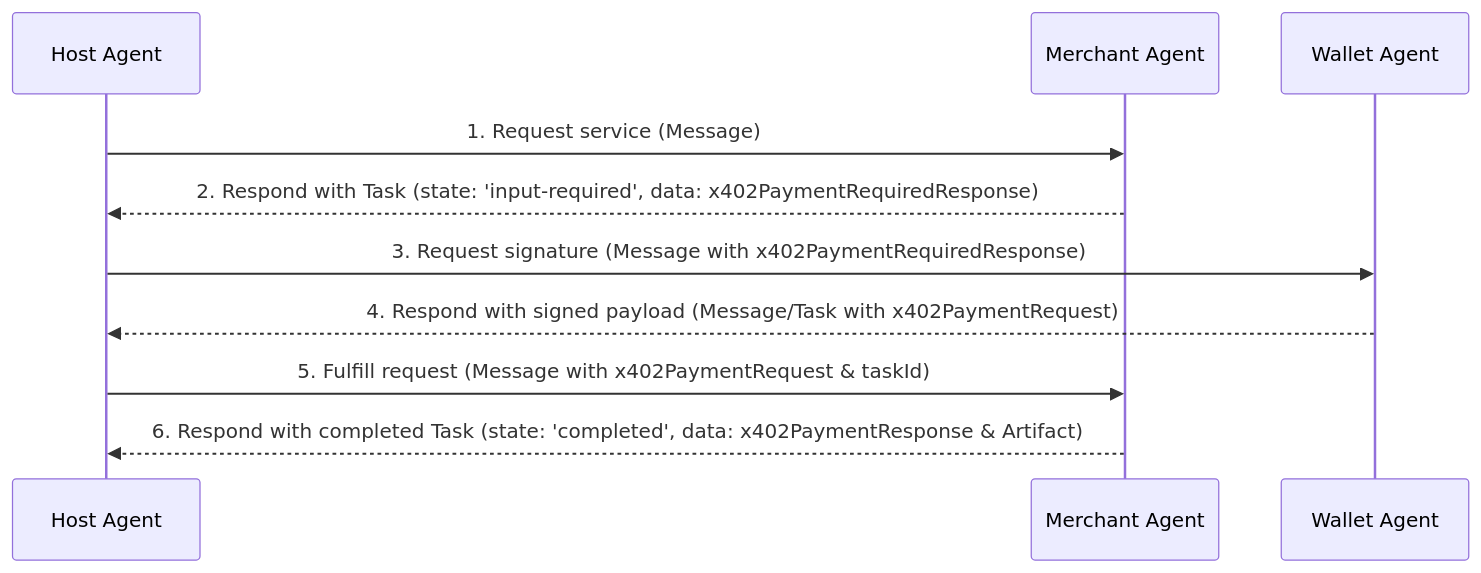
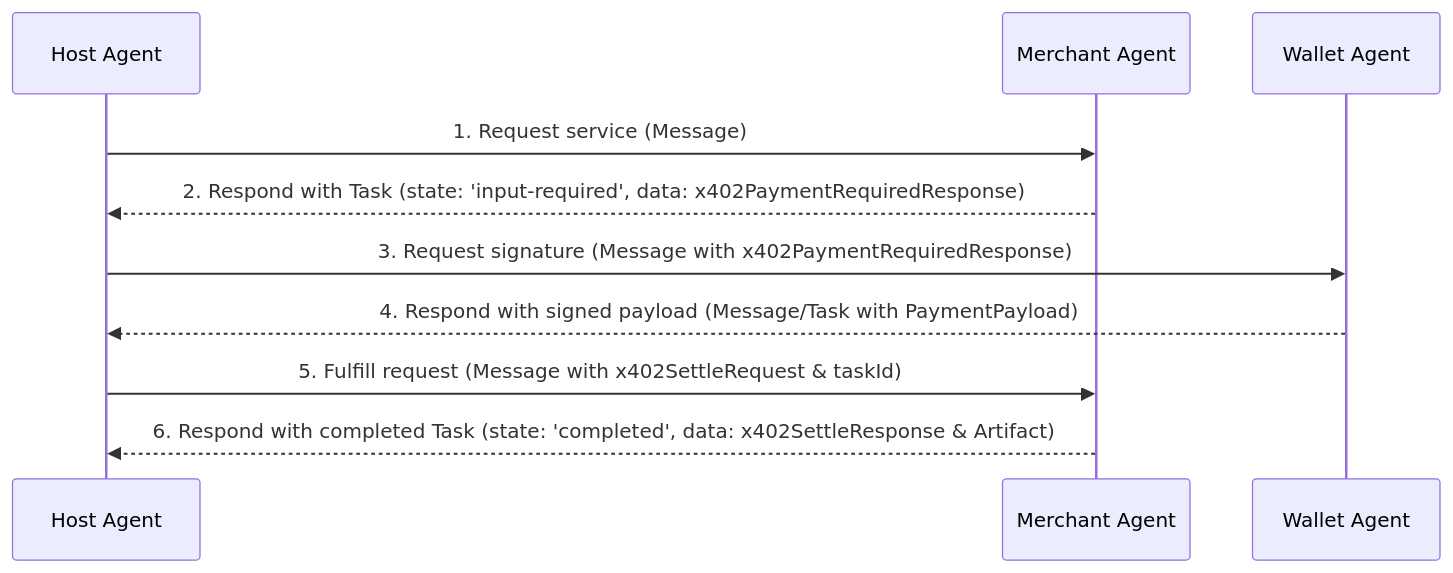
Before and after one commit to google-agentic-commerce/a2a-x402: the diagram in v0.1/spec.md, drawn with Mermaid. The commit also changed other lines of this file, not shown here.

Commit message:
update x402 object flow to remove paymentpayload request / response objects

````diff
--- a/v0.1/spec.md
+++ b/v0.1/spec.md
@@ -52,13 +52,13 @@
 ```mermaid
 sequenceDiagram
     participant Host Agent
     participant Merchant Agent
     participant Wallet Agent
 
     Host Agent->>Merchant Agent: 1. Request service (Message)
     Merchant Agent-->>Host Agent: 2. Respond with Task (state: 'input-required', data: x402PaymentRequiredResponse)
     Host Agent->>Wallet Agent: 3. Request signature (Message with x402PaymentRequiredResponse)
-    Wallet Agent-->>Host Agent: 4. Respond with signed payload (Message/Task with x402PaymentRequest)
-    Host Agent->>Merchant Agent: 5. Fulfill request (Message with x402PaymentRequest & taskId)
-    Merchant Agent-->>Host Agent: 6. Respond with completed Task (state: 'completed', data: x402PaymentResponse & Artifact)
+    Wallet Agent-->>Host Agent: 4. Respond with signed payload (Message/Task with PaymentPayload)
+    Host Agent->>Merchant Agent: 5. Fulfill request (Message with x402SettleRequest & taskId)
+    Merchant Agent-->>Host Agent: 6. Respond with completed Task (state: 'completed', data: x402SettleResponse & Artifact)
 ```
````
